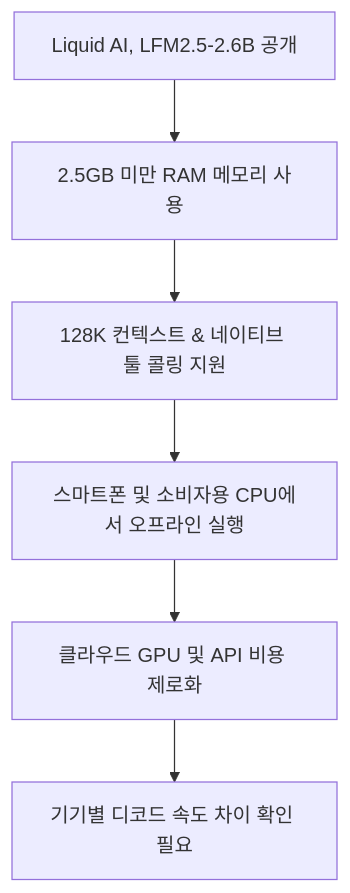
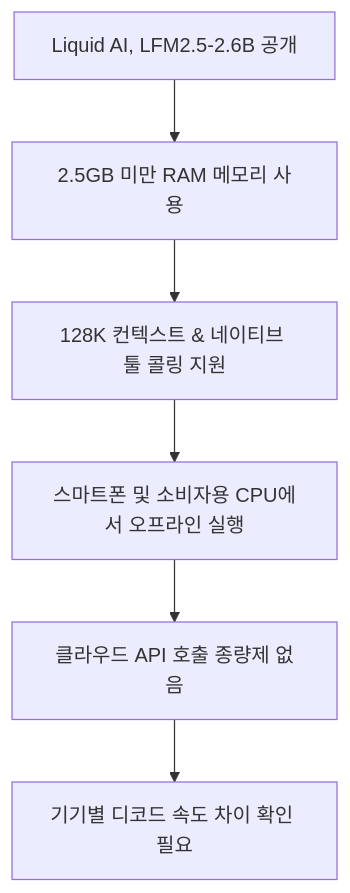
Before and after one commit to jjxxmiin/jjxxmiin.github.io: the first of 3 diagrams in _posts/2026-08-07-liquid-ai-releases-lfm2-5-2-6b-open-weight-local-agent-model.md, drawn with Mermaid. The commit also changed other lines of this file and 667 other files, not shown here.

````diff
--- a/_posts/2026-08-07-liquid-ai-releases-lfm2-5-2-6b-open-weight-local-agent-model.md
+++ b/_posts/2026-08-07-liquid-ai-releases-lfm2-5-2-6b-open-weight-local-agent-model.md
@@ -72,8 +74,8 @@
 ```mermaid
 flowchart TD
     A[Liquid AI, LFM2.5-2.6B 공개] --> B[2.5GB 미만 RAM 메모리 사용]
     B --> C[128K 컨텍스트 & 네이티브 툴 콜링 지원]
     C --> D[스마트폰 및 소비자용 CPU에서 오프라인 실행]
-    D --> E[클라우드 GPU 및 API 비용 제로화]
+    D --> E[클라우드 API 호출 종량제 없음]
     E --> F[기기별 디코드 속도 차이 확인 필요]
 ```
````
